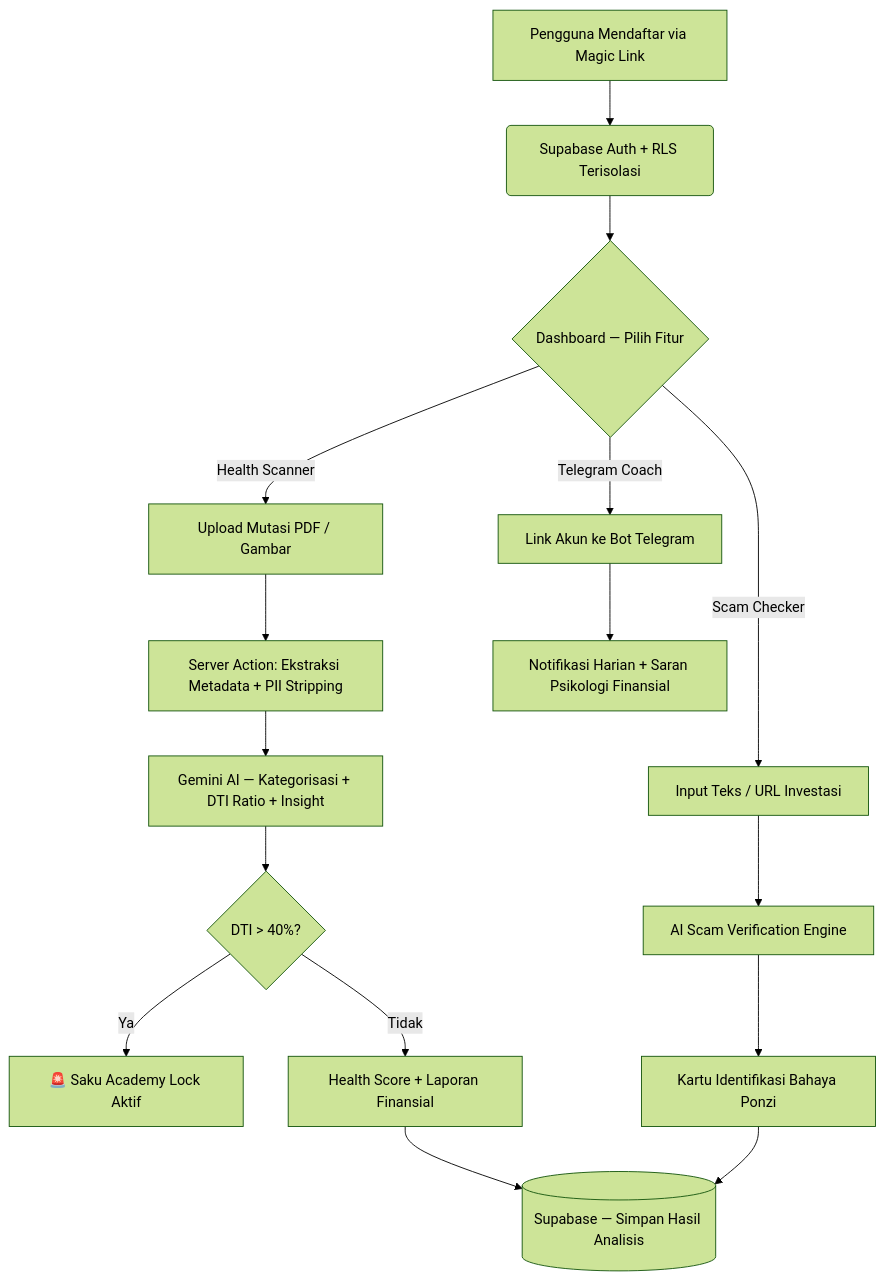
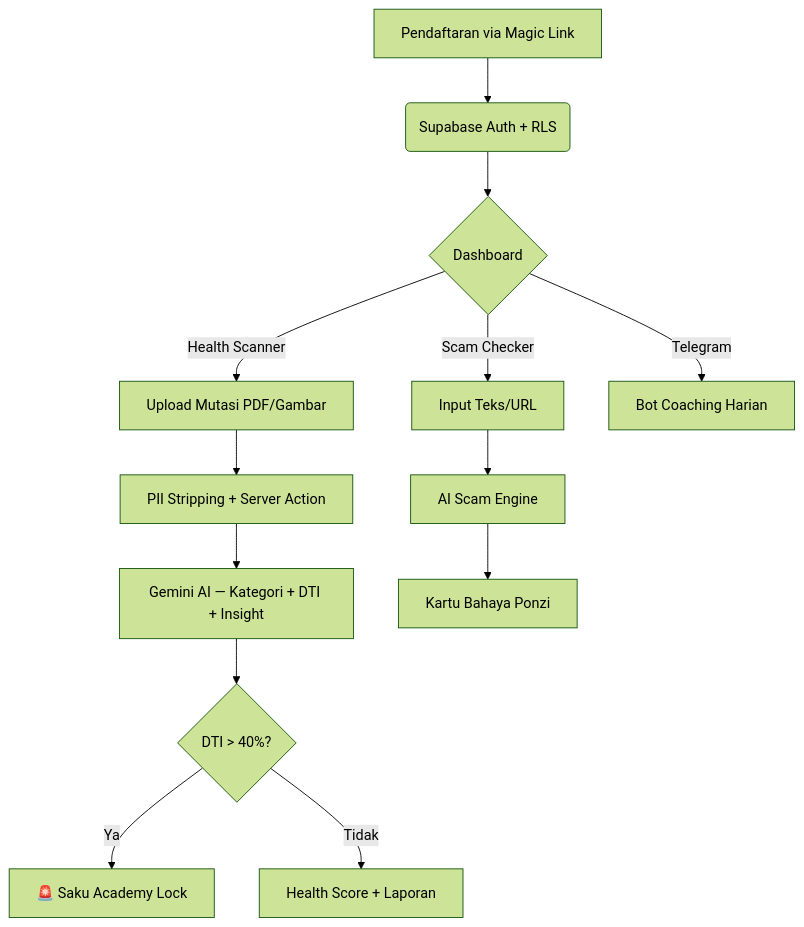
Before and after one commit to kazanaruishere-max/SafeWallet: the first of 2 diagrams in README.md, drawn with Mermaid (forest theme). The commit also changed other lines of this file and 34 other files, not shown here.

````diff
--- a/README.md
+++ b/README.md
@@ -75,22 +58,18 @@
 ```mermaid
 graph TD
-    A[Pengguna Mendaftar via Magic Link] --> B(Supabase Auth + RLS Terisolasi)
-    B --> C{Dashboard — Pilih Fitur}
+    A[Pendaftaran via Magic Link] --> B(Supabase Auth + RLS)
+    B --> C{Dashboard}
 
-    C -->|Health Scanner| D[Upload Mutasi PDF / Gambar]
-    D --> E[Server Action: Ekstraksi Metadata + PII Stripping]
-    E --> F[Gemini AI — Kategorisasi + DTI Ratio + Insight]
+    C -->|Health Scanner| D[Upload Mutasi PDF/Gambar]
+    D --> E[PII Stripping + Server Action]
+    E --> F[Gemini AI — Kategori + DTI + Insight]
     F --> G{DTI > 40%?}
-    G -- Ya --> H[🚨 Saku Academy Lock Aktif]
-    G -- Tidak --> I[Health Score + Laporan Finansial]
+    G -- Ya --> H[🚨 Saku Academy Lock]
+    G -- Tidak --> I[Health Score + Laporan]
 
-    C -->|Scam Checker| J[Input Teks / URL Investasi]
-    J --> K[AI Scam Verification Engine]
-    K --> L[Kartu Identifikasi Bahaya Ponzi]
+    C -->|Scam Checker| J[Input Teks/URL]
+    J --> K[AI Scam Engine]
+    K --> L[Kartu Bahaya Ponzi]
 
-    C -->|Telegram Coach| M[Link Akun ke Bot Telegram]
-    M --> N[Notifikasi Harian + Saran Psikologi Finansial]
-
-    I --> O[(Supabase — Simpan Hasil Analisis)]
-    L --> O
+    C -->|Telegram| M[Bot Coaching Harian]
 ```
````
